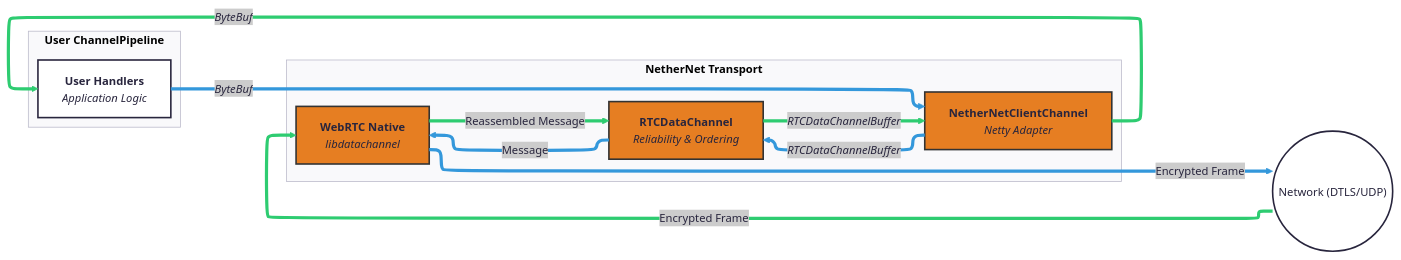
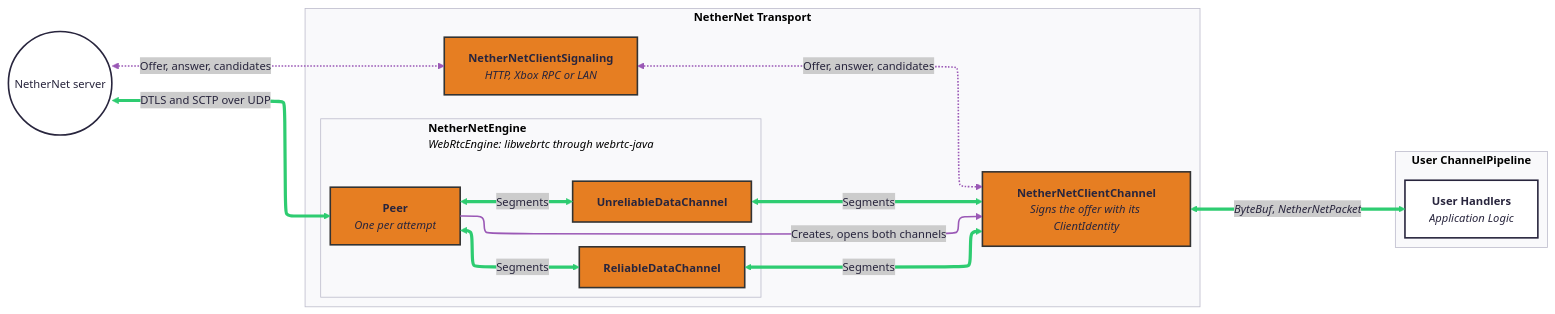
Before and after one commit to EduGeyser/NetworkM: the diagram in .github/readme/nethernet_client_light.mmd, drawn with Mermaid. The commit also changed 8 other files, not shown here.

First line of the commit message:
Redraw the NetherNet packet flow diagrams

```diff
--- a/.github/readme/nethernet_client_light.mmd
+++ b/.github/readme/nethernet_client_light.mmd
@@ -1,40 +1,45 @@
 ---
 config:
   layout: elk
   theme: redux
 ---
 flowchart LR
+    Server(("NetherNet server"))
+
  subgraph TransportLayer["<b>NetherNet Transport</b>"]
-    direction TB
-    Native["<b>WebRTC Native</b><br><i>libdatachannel</i>"]
-    DataChannel["<b>RTCDataChannel</b><br><i>Reliability & Ordering</i>"]
-    ClientChannel["<b>NetherNetClientChannel</b><br><i>Netty Adapter</i>"]
+    Signaling["<b>NetherNetClientSignaling</b><br><i>HTTP, Xbox RPC or LAN</i>"]
+    ClientChannel["<b>NetherNetClientChannel</b><br><i>Signs the offer with its ClientIdentity</i>"]
+  subgraph Engine["<b>NetherNetEngine</b><br><i>WebRtcEngine: libwebrtc through webrtc-java</i>"]
+    Peer["<b>Peer</b><br><i>One per attempt</i>"]
+    Reliable["<b>ReliableDataChannel</b>"]
+    Unreliable["<b>UnreliableDataChannel</b>"]
+  end
  end
  subgraph UserPipeline["<b>User ChannelPipeline</b>"]
     UserLogic["<b>User Handlers</b><br><i>Application Logic</i>"]
  end
 
-    Network(("Network (DTLS/UDP)"))
-    Network == Encrypted Frame ==> Native
-    Native == Reassembled Message ==> DataChannel
-    DataChannel == <i>RTCDataChannelBuffer</i> ==> ClientChannel
-    ClientChannel == <i>ByteBuf</i> ==> UserLogic
-    UserLogic == <i>ByteBuf</i> ==> ClientChannel
-    ClientChannel == <i>RTCDataChannelBuffer</i> ==> DataChannel
-    DataChannel == Message ==> Native
-    Native == Encrypted Frame ==> Network
-    Native:::shared
-    DataChannel:::shared
+    %% Signaling
+    Server <-. Offer, answer, candidates .-> Signaling
+    Signaling <-. Offer, answer, candidates .-> ClientChannel
+    Peer <-. Creates, opens both channels .- ClientChannel
+
+    %% Data
+    Server <== DTLS and SCTP over UDP ==> Peer
+    Peer <== Segments ==> Reliable
+    Peer <== Segments ==> Unreliable
+    Reliable <== Segments ==> ClientChannel
+    Unreliable <== Segments ==> ClientChannel
+    ClientChannel <== <i>ByteBuf</i>, <i>NetherNetPacket</i> ==> UserLogic
+
+    %% Styling
+    Signaling:::shared
     ClientChannel:::shared
+    Peer:::shared
+    Reliable:::shared
+    Unreliable:::shared
 
     classDef shared fill:#e67e22,stroke:#333,stroke-width:2px
 
-    linkStyle 0 stroke:#2ecc71,stroke-width:4px,color:#2ecc71
-    linkStyle 1 stroke:#2ecc71,stroke-width:4px,color:#2ecc71
-    linkStyle 2 stroke:#2ecc71,stroke-width:4px,color:#2ecc71
-    linkStyle 3 stroke:#2ecc71,stroke-width:4px,color:#2ecc71
-
-    linkStyle 4 stroke:#3498db,stroke-width:4px,color:#3498db
-    linkStyle 5 stroke:#3498db,stroke-width:4px,color:#3498db
-    linkStyle 6 stroke:#3498db,stroke-width:4px,color:#3498db
-    linkStyle 7 stroke:#3498db,stroke-width:4px,color:#3498db
+    linkStyle 0,1,2 stroke:#9b59b6,stroke-width:2px,color:#9b59b6
+    linkStyle 3,4,5,6,7,8 stroke:#2ecc71,stroke-width:4px,color:#2ecc71
```
